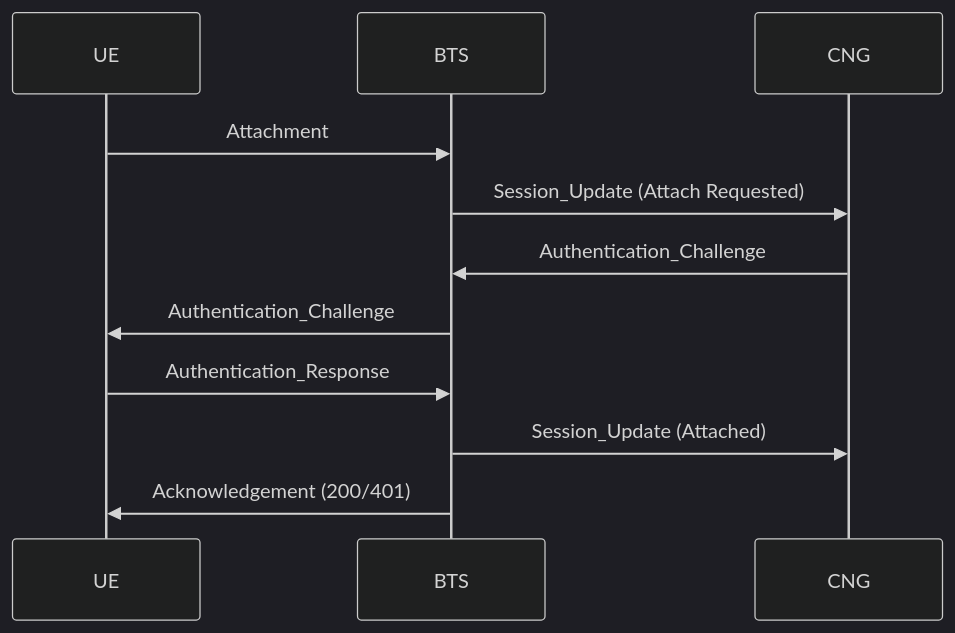
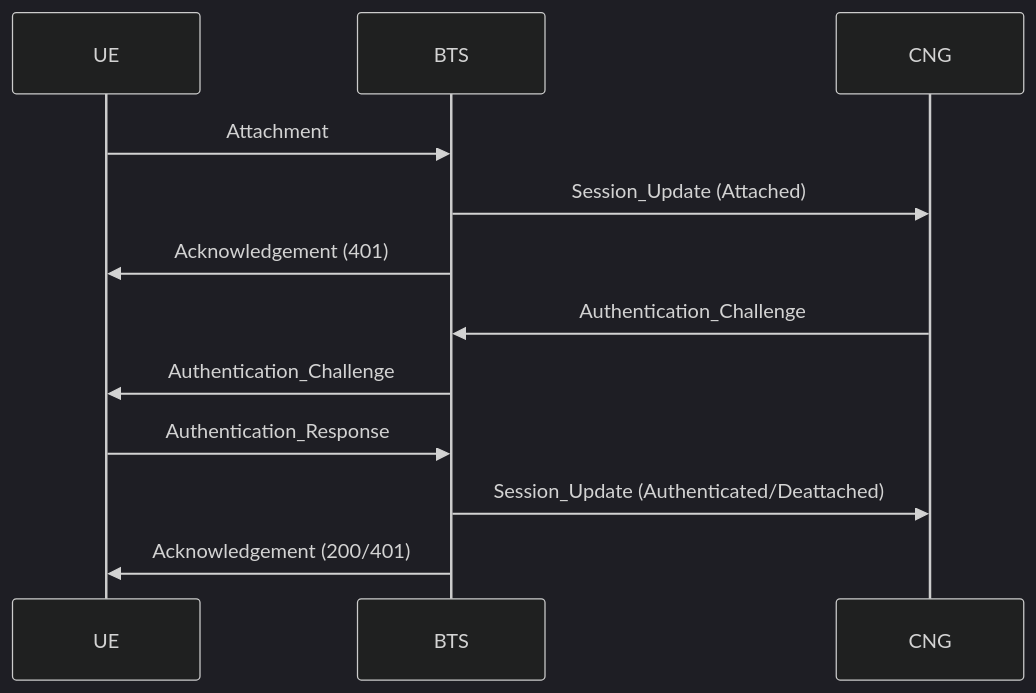
Before and after one commit to samuelh2005/cc-telecom: the second of 4 diagrams in docs/protocols/layer1.md, drawn with Mermaid (dark theme). The commit also changed other lines of this file, not shown here.

````diff
--- a/docs/protocols/layer1.md
+++ b/docs/protocols/layer1.md
@@ -245,14 +245,15 @@
 ```mermaid
 sequenceDiagram
     participant UE
     participant BTS
     participant CNG
 
     UE->>BTS: Attachment
-    BTS->>CNG: Session_Update (Attach Requested)
+    BTS->>CNG: Session_Update (Attached)
+    BTS->>UE: Acknowledgement (401)
     CNG->>BTS: Authentication_Challenge
     BTS->>UE: Authentication_Challenge
     UE->>BTS: Authentication_Response
-    BTS->>CNG: Session_Update (Attached)
+    BTS->>CNG: Session_Update (Authenticated/Deattached)
     BTS->>UE: Acknowledgement (200/401)
 ```
````
